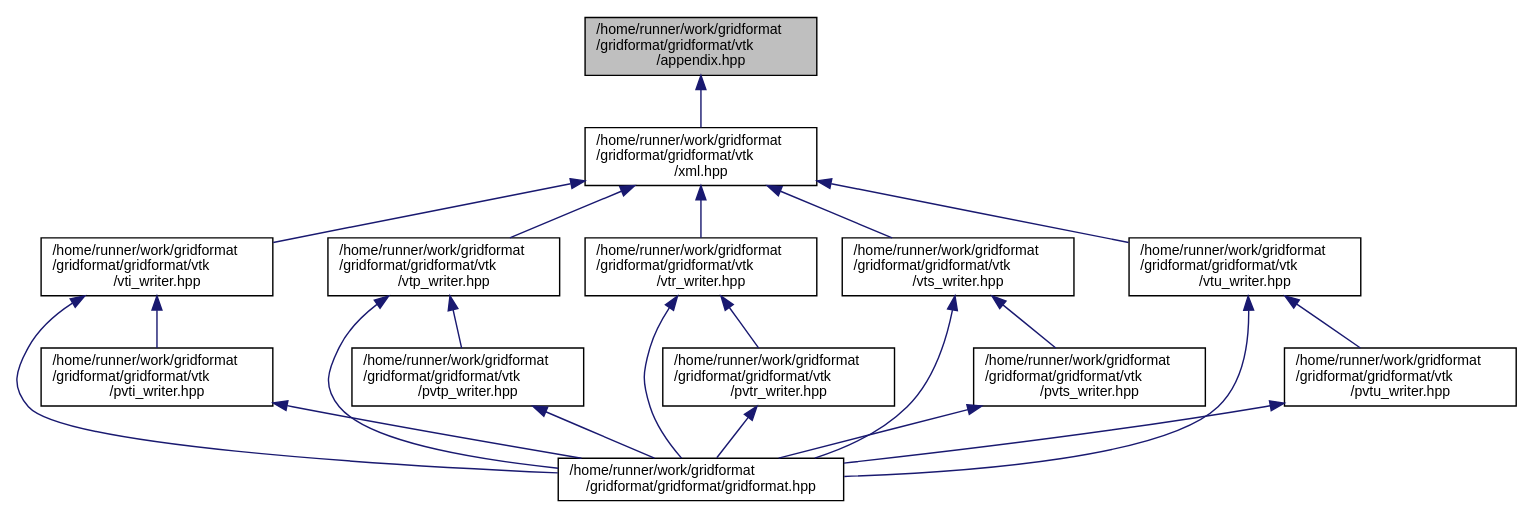
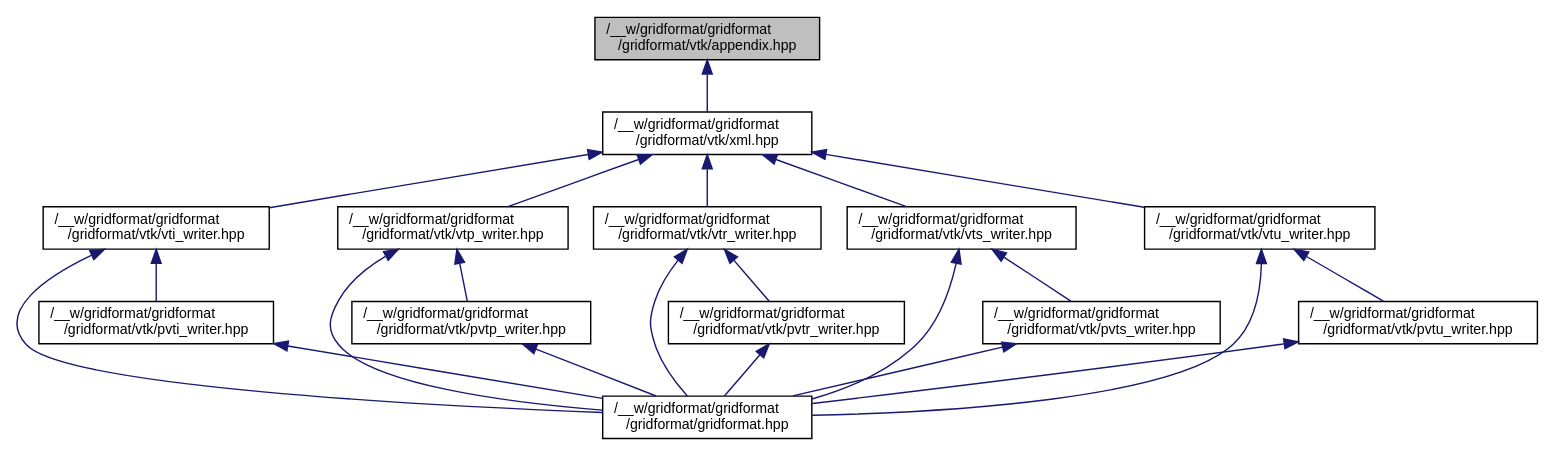
The diagram in appendix_8hpp__dep__incl.dot (dglaeser/gridformat), drawn with Graphviz before and after one commit. The commit also changed 329 other files, not shown here.

```diff
--- a/appendix_8hpp__dep__incl.dot
+++ b/appendix_8hpp__dep__incl.dot
@@ -1,40 +1,40 @@
-digraph "/home/runner/work/gridformat/gridformat/gridformat/vtk/appendix.hpp"
+digraph "/__w/gridformat/gridformat/gridformat/vtk/appendix.hpp"
 {
  // LATEX_PDF_SIZE
   edge [fontname="Helvetica",fontsize="10",labelfontname="Helvetica",labelfontsize="10"];
   node [fontname="Helvetica",fontsize="10",shape=record];
-  Node1 [label="/home/runner/work/gridformat\l/gridformat/gridformat/vtk\l/appendix.hpp",height=0.2,width=0.4,color="black", fillcolor="grey75", style="filled", fontcolor="black",tooltip="Helper classes for writing VTK appendices of xml formats."];
+  Node1 [label="/__w/gridformat/gridformat\l/gridformat/vtk/appendix.hpp",height=0.2,width=0.4,color="black", fillcolor="grey75", style="filled", fontcolor="black",tooltip="Helper classes for writing VTK appendices of xml formats."];
   Node1 -> Node2 [dir="back",color="midnightblue",fontsize="10",style="solid",fontname="Helvetica"];
-  Node2 [label="/home/runner/work/gridformat\l/gridformat/gridformat/vtk\l/xml.hpp",height=0.2,width=0.4,color="black", fillcolor="white", style="filled",URL="$xml_8hpp.html",tooltip="Base class for VTK XML-type file format writers."];
+  Node2 [label="/__w/gridformat/gridformat\l/gridformat/vtk/xml.hpp",height=0.2,width=0.4,color="black", fillcolor="white", style="filled",URL="$xml_8hpp.html",tooltip="Base class for VTK XML-type file format writers."];
   Node2 -> Node3 [dir="back",color="midnightblue",fontsize="10",style="solid",fontname="Helvetica"];
-  Node3 [label="/home/runner/work/gridformat\l/gridformat/gridformat/vtk\l/vti_writer.hpp",height=0.2,width=0.4,color="black", fillcolor="white", style="filled",URL="$vti__writer_8hpp.html",tooltip="Writer for .vti file format."];
+  Node3 [label="/__w/gridformat/gridformat\l/gridformat/vtk/vti_writer.hpp",height=0.2,width=0.4,color="black", fillcolor="white", style="filled",URL="$vti__writer_8hpp.html",tooltip="Writer for .vti file format."];
   Node3 -> Node4 [dir="back",color="midnightblue",fontsize="10",style="solid",fontname="Helvetica"];
-  Node4 [label="/home/runner/work/gridformat\l/gridformat/gridformat/gridformat.hpp",height=0.2,width=0.4,color="black", fillcolor="white", style="filled",URL="$gridformat_8hpp.html",tooltip="This file is the entrypoint to the high-level API exposing all provided writers through a unified int..."];
+  Node4 [label="/__w/gridformat/gridformat\l/gridformat/gridformat.hpp",height=0.2,width=0.4,color="black", fillcolor="white", style="filled",URL="$gridformat_8hpp.html",tooltip="This file is the entrypoint to the high-level API exposing all provided writers through a unified int..."];
   Node3 -> Node5 [dir="back",color="midnightblue",fontsize="10",style="solid",fontname="Helvetica"];
-  Node5 [label="/home/runner/work/gridformat\l/gridformat/gridformat/vtk\l/pvti_writer.hpp",height=0.2,width=0.4,color="black", fillcolor="white", style="filled",URL="$pvti__writer_8hpp.html",tooltip="Writer for parallel .pvti files."];
+  Node5 [label="/__w/gridformat/gridformat\l/gridformat/vtk/pvti_writer.hpp",height=0.2,width=0.4,color="black", fillcolor="white", style="filled",URL="$pvti__writer_8hpp.html",tooltip="Writer for parallel .pvti files."];
   Node5 -> Node4 [dir="back",color="midnightblue",fontsize="10",style="solid",fontname="Helvetica"];
   Node2 -> Node6 [dir="back",color="midnightblue",fontsize="10",style="solid",fontname="Helvetica"];
-  Node6 [label="/home/runner/work/gridformat\l/gridformat/gridformat/vtk\l/vtp_writer.hpp",height=0.2,width=0.4,color="black", fillcolor="white", style="filled",URL="$vtp__writer_8hpp.html",tooltip="Writer for .vtu file format."];
+  Node6 [label="/__w/gridformat/gridformat\l/gridformat/vtk/vtp_writer.hpp",height=0.2,width=0.4,color="black", fillcolor="white", style="filled",URL="$vtp__writer_8hpp.html",tooltip="Writer for .vtu file format."];
   Node6 -> Node4 [dir="back",color="midnightblue",fontsize="10",style="solid",fontname="Helvetica"];
   Node6 -> Node7 [dir="back",color="midnightblue",fontsize="10",style="solid",fontname="Helvetica"];
-  Node7 [label="/home/runner/work/gridformat\l/gridformat/gridformat/vtk\l/pvtp_writer.hpp",height=0.2,width=0.4,color="black", fillcolor="white", style="filled",URL="$pvtp__writer_8hpp.html",tooltip="Writer for parallel .pvtu files."];
+  Node7 [label="/__w/gridformat/gridformat\l/gridformat/vtk/pvtp_writer.hpp",height=0.2,width=0.4,color="black", fillcolor="white", style="filled",URL="$pvtp__writer_8hpp.html",tooltip="Writer for parallel .pvtu files."];
   Node7 -> Node4 [dir="back",color="midnightblue",fontsize="10",style="solid",fontname="Helvetica"];
   Node2 -> Node8 [dir="back",color="midnightblue",fontsize="10",style="solid",fontname="Helvetica"];
-  Node8 [label="/home/runner/work/gridformat\l/gridformat/gridformat/vtk\l/vtr_writer.hpp",height=0.2,width=0.4,color="black", fillcolor="white", style="filled",URL="$vtr__writer_8hpp.html",tooltip="Writer for .vtr file format."];
+  Node8 [label="/__w/gridformat/gridformat\l/gridformat/vtk/vtr_writer.hpp",height=0.2,width=0.4,color="black", fillcolor="white", style="filled",URL="$vtr__writer_8hpp.html",tooltip="Writer for .vtr file format."];
   Node8 -> Node4 [dir="back",color="midnightblue",fontsize="10",style="solid",fontname="Helvetica"];
   Node8 -> Node9 [dir="back",color="midnightblue",fontsize="10",style="solid",fontname="Helvetica"];
-  Node9 [label="/home/runner/work/gridformat\l/gridformat/gridformat/vtk\l/pvtr_writer.hpp",height=0.2,width=0.4,color="black", fillcolor="white", style="filled",URL="$pvtr__writer_8hpp.html",tooltip="Writer for parallel .pvtr files."];
+  Node9 [label="/__w/gridformat/gridformat\l/gridformat/vtk/pvtr_writer.hpp",height=0.2,width=0.4,color="black", fillcolor="white", style="filled",URL="$pvtr__writer_8hpp.html",tooltip="Writer for parallel .pvtr files."];
   Node9 -> Node4 [dir="back",color="midnightblue",fontsize="10",style="solid",fontname="Helvetica"];
   Node2 -> Node10 [dir="back",color="midnightblue",fontsize="10",style="solid",fontname="Helvetica"];
-  Node10 [label="/home/runner/work/gridformat\l/gridformat/gridformat/vtk\l/vts_writer.hpp",height=0.2,width=0.4,color="black", fillcolor="white", style="filled",URL="$vts__writer_8hpp.html",tooltip="Writer for .vts file format."];
+  Node10 [label="/__w/gridformat/gridformat\l/gridformat/vtk/vts_writer.hpp",height=0.2,width=0.4,color="black", fillcolor="white", style="filled",URL="$vts__writer_8hpp.html",tooltip="Writer for .vts file format."];
   Node10 -> Node4 [dir="back",color="midnightblue",fontsize="10",style="solid",fontname="Helvetica"];
   Node10 -> Node11 [dir="back",color="midnightblue",fontsize="10",style="solid",fontname="Helvetica"];
-  Node11 [label="/home/runner/work/gridformat\l/gridformat/gridformat/vtk\l/pvts_writer.hpp",height=0.2,width=0.4,color="black", fillcolor="white", style="filled",URL="$pvts__writer_8hpp.html",tooltip="Writer for parallel .pvts files."];
+  Node11 [label="/__w/gridformat/gridformat\l/gridformat/vtk/pvts_writer.hpp",height=0.2,width=0.4,color="black", fillcolor="white", style="filled",URL="$pvts__writer_8hpp.html",tooltip="Writer for parallel .pvts files."];
   Node11 -> Node4 [dir="back",color="midnightblue",fontsize="10",style="solid",fontname="Helvetica"];
   Node2 -> Node12 [dir="back",color="midnightblue",fontsize="10",style="solid",fontname="Helvetica"];
-  Node12 [label="/home/runner/work/gridformat\l/gridformat/gridformat/vtk\l/vtu_writer.hpp",height=0.2,width=0.4,color="black", fillcolor="white", style="filled",URL="$vtu__writer_8hpp.html",tooltip="Writer for .vtu file format."];
+  Node12 [label="/__w/gridformat/gridformat\l/gridformat/vtk/vtu_writer.hpp",height=0.2,width=0.4,color="black", fillcolor="white", style="filled",URL="$vtu__writer_8hpp.html",tooltip="Writer for .vtu file format."];
   Node12 -> Node4 [dir="back",color="midnightblue",fontsize="10",style="solid",fontname="Helvetica"];
   Node12 -> Node13 [dir="back",color="midnightblue",fontsize="10",style="solid",fontname="Helvetica"];
-  Node13 [label="/home/runner/work/gridformat\l/gridformat/gridformat/vtk\l/pvtu_writer.hpp",height=0.2,width=0.4,color="black", fillcolor="white", style="filled",URL="$pvtu__writer_8hpp.html",tooltip="Writer for parallel .pvtu files."];
+  Node13 [label="/__w/gridformat/gridformat\l/gridformat/vtk/pvtu_writer.hpp",height=0.2,width=0.4,color="black", fillcolor="white", style="filled",URL="$pvtu__writer_8hpp.html",tooltip="Writer for parallel .pvtu files."];
   Node13 -> Node4 [dir="back",color="midnightblue",fontsize="10",style="solid",fontname="Helvetica"];
 }
```
